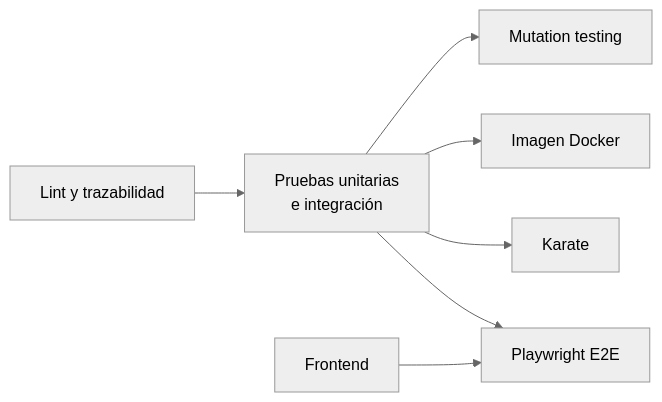
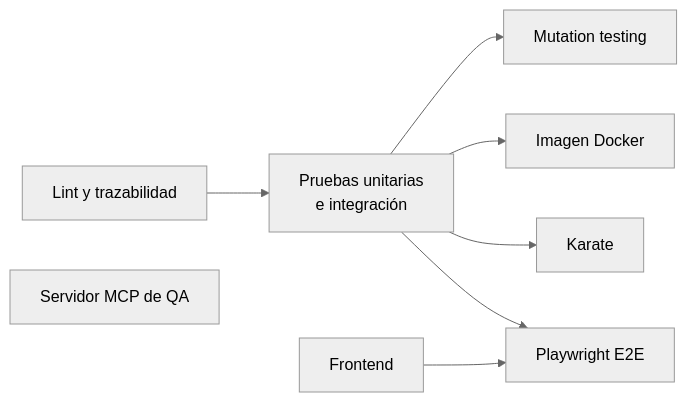
One commit to jfernand196/ordenes-api-qa changed the third of 3 diagrams in README.md. Above: the diagram before and after it, drawn with Mermaid (neutral theme). The commit also changed other lines of this file and 3 other files, not shown here.

Commit message:
docs: documenta el servidor MCP, ADR-004 y mejoras futuras con LangChain y LangGraph (v1.2.0)

````diff
--- a/README.md
+++ b/README.md
@@ -234,9 +235,10 @@
 ```mermaid
 flowchart LR
   L[Lint y trazabilidad] --> U[Pruebas unitarias<br/>e integración]
   U --> M[Mutation testing]
   U --> D[Imagen Docker]
   U --> K[Karate]
   F[Frontend] --> E[Playwright E2E]
   U --> E
+  Q[Servidor MCP de QA]
 ```
````
